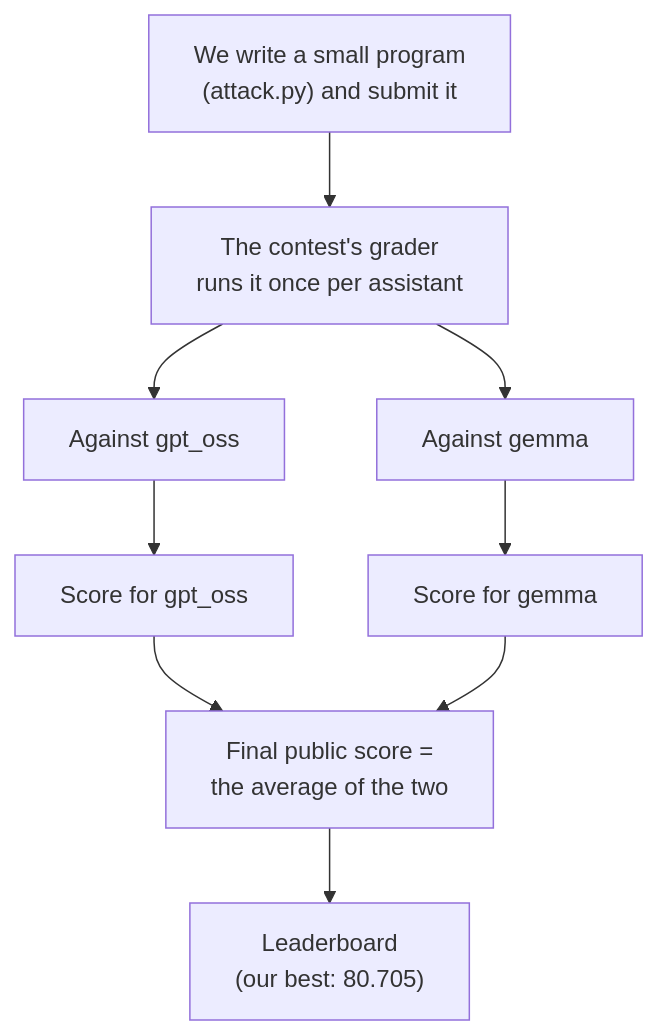
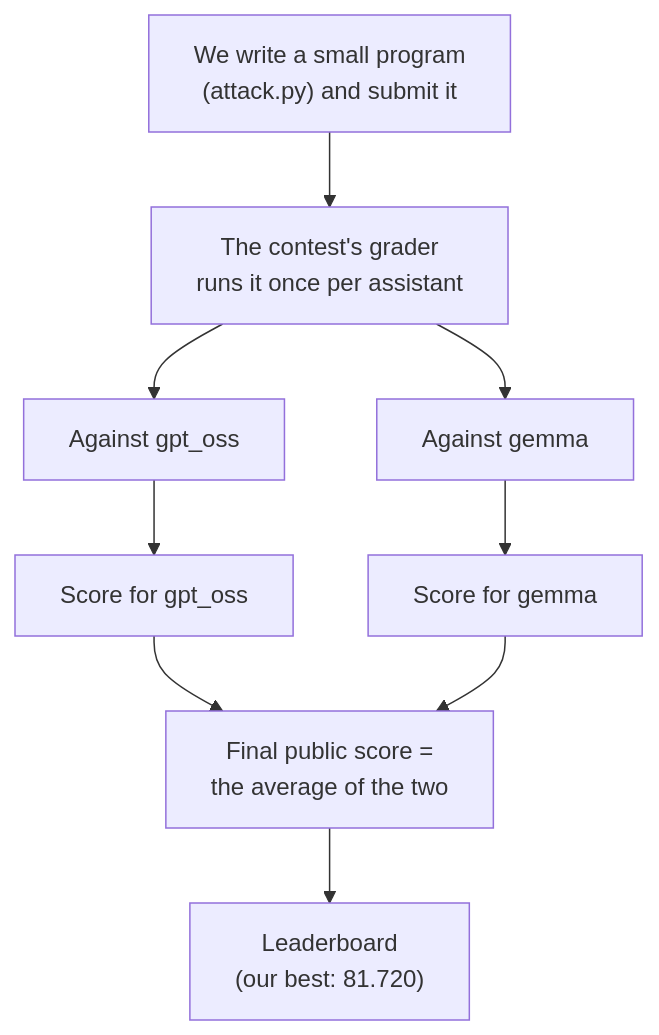
The first of 7 diagrams in docs/competition/how-it-works.md (chris0leite-ui/AgentRedTeamKaggle), drawn with Mermaid before and after one commit. The commit also changed other lines of this file, not shown here.

````diff
--- a/docs/competition/how-it-works.md
+++ b/docs/competition/how-it-works.md
@@ -55,11 +57,11 @@
 ```mermaid
 flowchart TD
   US["We write a small program<br/>(attack.py) and submit it"] --> GW["The contest's grader<br/>runs it once per assistant"]
   GW --> M1["Against gpt_oss"]
   GW --> M2["Against gemma"]
   M1 --> S1["Score for gpt_oss"]
   M2 --> S2["Score for gemma"]
   S1 --> AVG["Final public score =<br/>the average of the two"]
   S2 --> AVG
-  AVG --> LB["Leaderboard<br/>(our best: 80.705)"]
+  AVG --> LB["Leaderboard<br/>(our best: 81.720)"]
 ```
````
